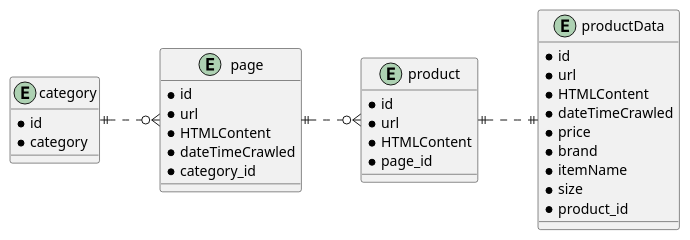
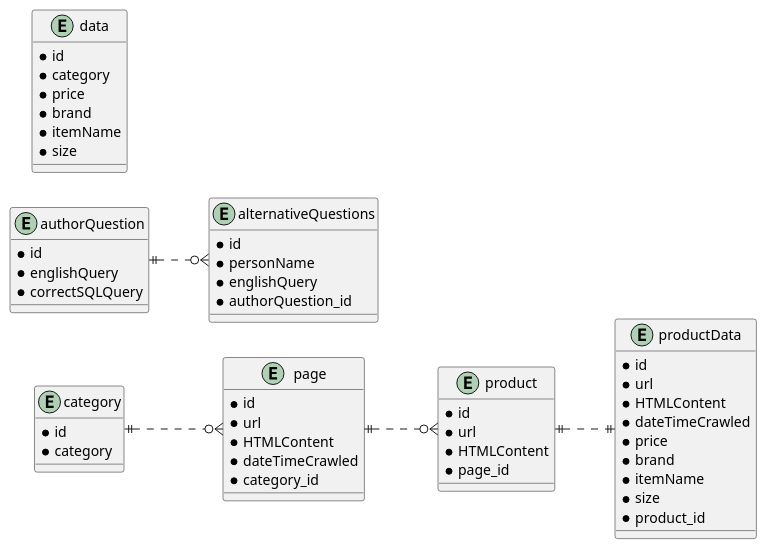
The diagram in Rmarkdown Report/figures/plantuml/dataset-ERD.puml (zayd62/final-year-project), drawn with PlantUML before and after one commit. The commit also changed 6 other files, not shown here.

```diff
--- a/Rmarkdown Report/figures/plantuml/dataset-ERD.puml
+++ b/Rmarkdown Report/figures/plantuml/dataset-ERD.puml
@@ -1,42 +1,66 @@
 @startuml
 
 left to right direction
 skinparam shadowing false
 
 entity category {
     *id
     *category
 } 
 
 entity page {
     *id
     *url
     *HTMLContent
     *dateTimeCrawled
     *category_id
 }
 
 entity product {
     *id
     *url
     *HTMLContent
     *page_id
 }
 
 entity productData {
     *id
     *url
     *HTMLContent
     *dateTimeCrawled
     *price
     *brand
     *itemName
     *size
     *product_id
 }
 
+
+entity authorQuestion {
+    *id
+    *englishQuery
+    *correctSQLQuery
+}
+
+entity alternativeQuestions {
+    *id
+    *personName
+    *englishQuery
+    *authorQuestion_id
+}
+
+authorQuestion ||..o{ alternativeQuestions
+
 category ||..o{ page
 page ||..o{ product
 product ||..||productData
 
+entity data {
+    *id
+    *category
+    *price
+    *brand
+    *itemName
+    *size
+}
 @enduml
```
